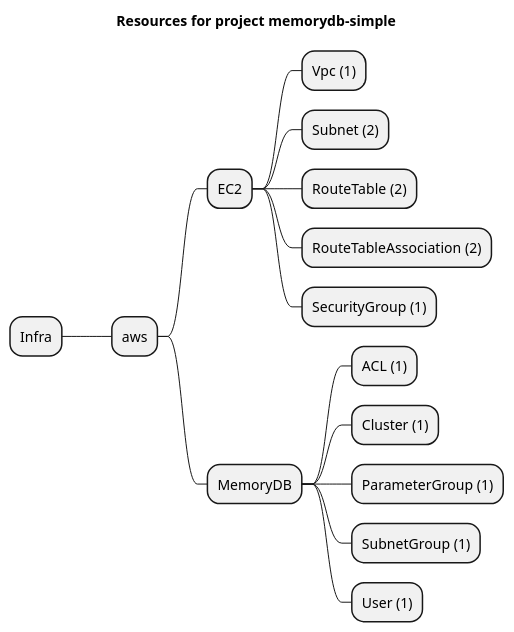
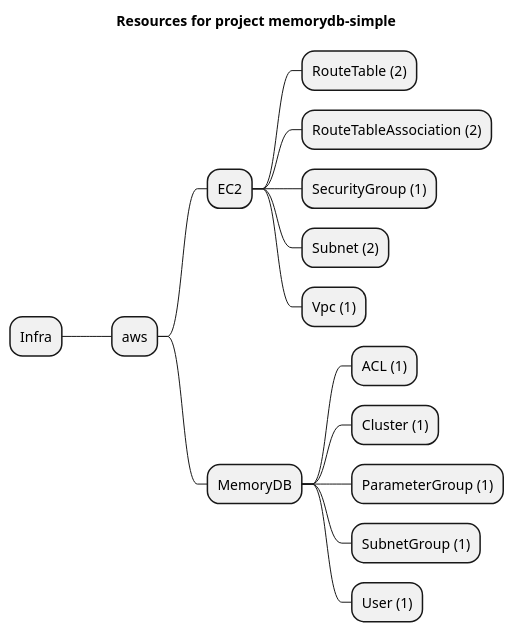
One commit to grucloud/grucloud changed the diagram in examples/aws/MemoryDB/memorydb-simple/artifacts/resources-mindmap.puml. Above: the diagram before and after it, drawn with PlantUML. The commit also changed other lines of this file and 50 other files, not shown here.

```diff
--- a/examples/aws/MemoryDB/memorydb-simple/artifacts/resources-mindmap.puml
+++ b/examples/aws/MemoryDB/memorydb-simple/artifacts/resources-mindmap.puml
@@ -1,18 +1,18 @@
 @startmindmap
 title Resources for project memorydb-simple
 skinparam monochrome true
 + Infra
 ++ aws
 +++ EC2
-++++ Vpc (1)
-++++ Subnet (2)
 ++++ RouteTable (2)
 ++++ RouteTableAssociation (2)
 ++++ SecurityGroup (1)
+++++ Subnet (2)
+++++ Vpc (1)
 +++ MemoryDB
 ++++ ACL (1)
 ++++ Cluster (1)
 ++++ ParameterGroup (1)
 ++++ SubnetGroup (1)
 ++++ User (1)
 @endmindmap
```
